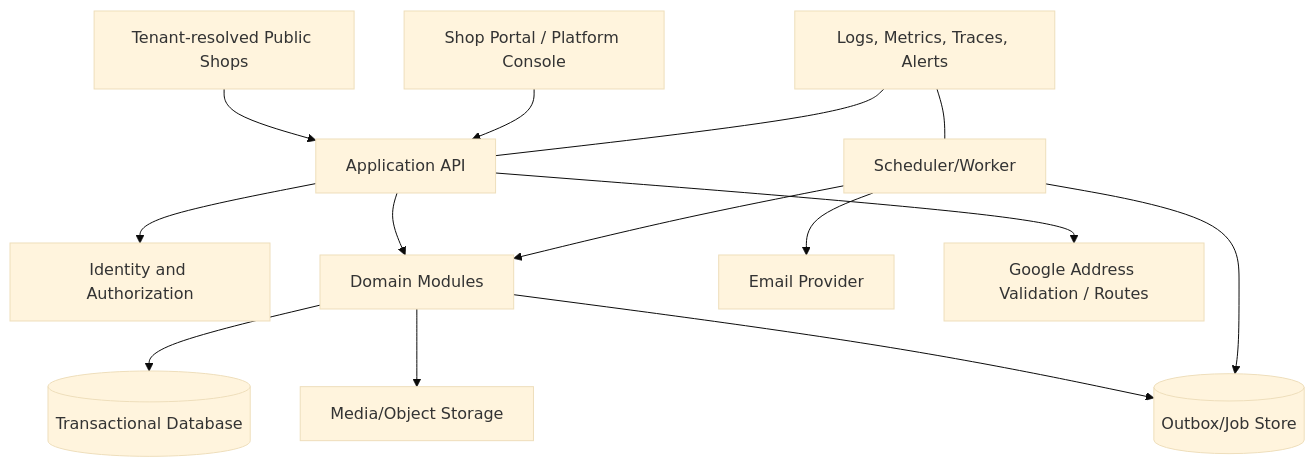
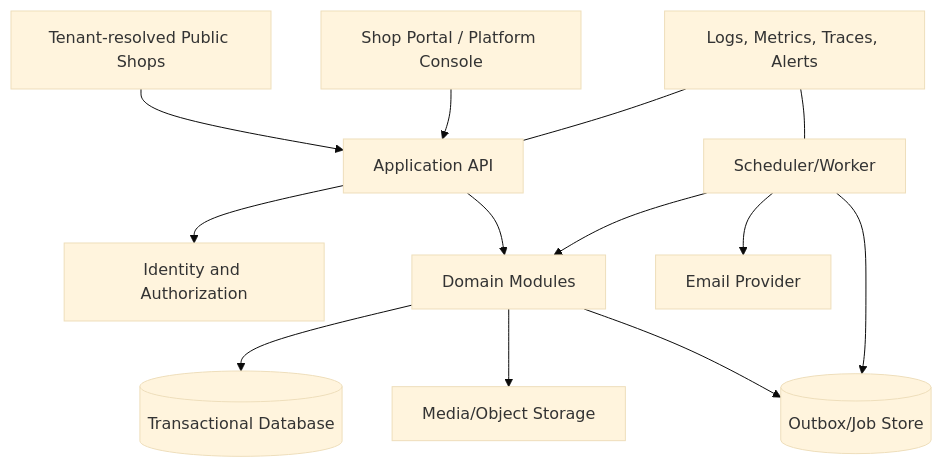
Before and after one commit to ttran1410/metsanilo-platform: the diagram in requirements/08-technical-architecture-and-api.md, drawn with Mermaid (base theme). The commit also changed other lines of this file and 48 other files, not shown here.

````diff
--- a/requirements/08-technical-architecture-and-api.md
+++ b/requirements/08-technical-architecture-and-api.md
@@ -13,16 +15,15 @@
 ```mermaid
 flowchart TB
     PW["Tenant-resolved Public Shops"] --> API["Application API"]
     AP["Shop Portal / Platform Console"] --> API
     API --> IAM["Identity and Authorization"]
     API --> DOM["Domain Modules"]
     DOM --> DB[("Transactional Database")]
     DOM --> OBJ["Media/Object Storage"]
     DOM --> OUT[("Outbox/Job Store")]
     WK["Scheduler/Worker"] --> OUT
     WK --> DOM
     WK --> MAIL["Email Provider"]
-    API --> MAP["Google Address Validation / Routes"]
     OBS["Logs, Metrics, Traces, Alerts"] --- API
     OBS --- WK
 ```
````
